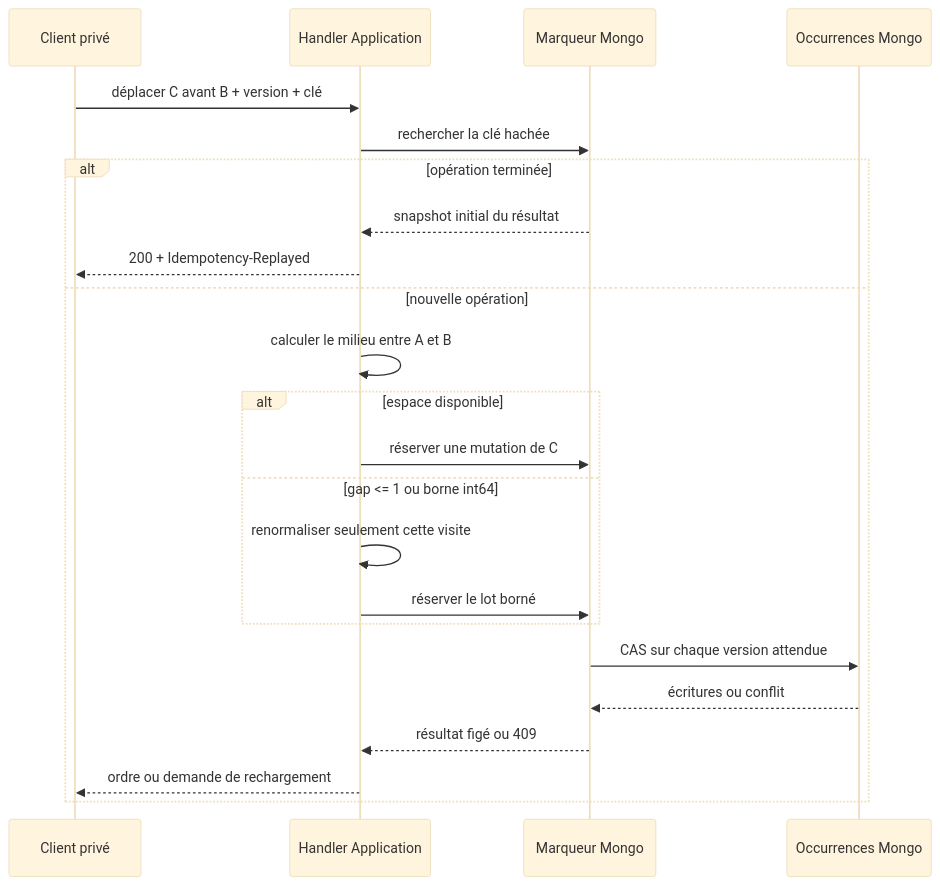
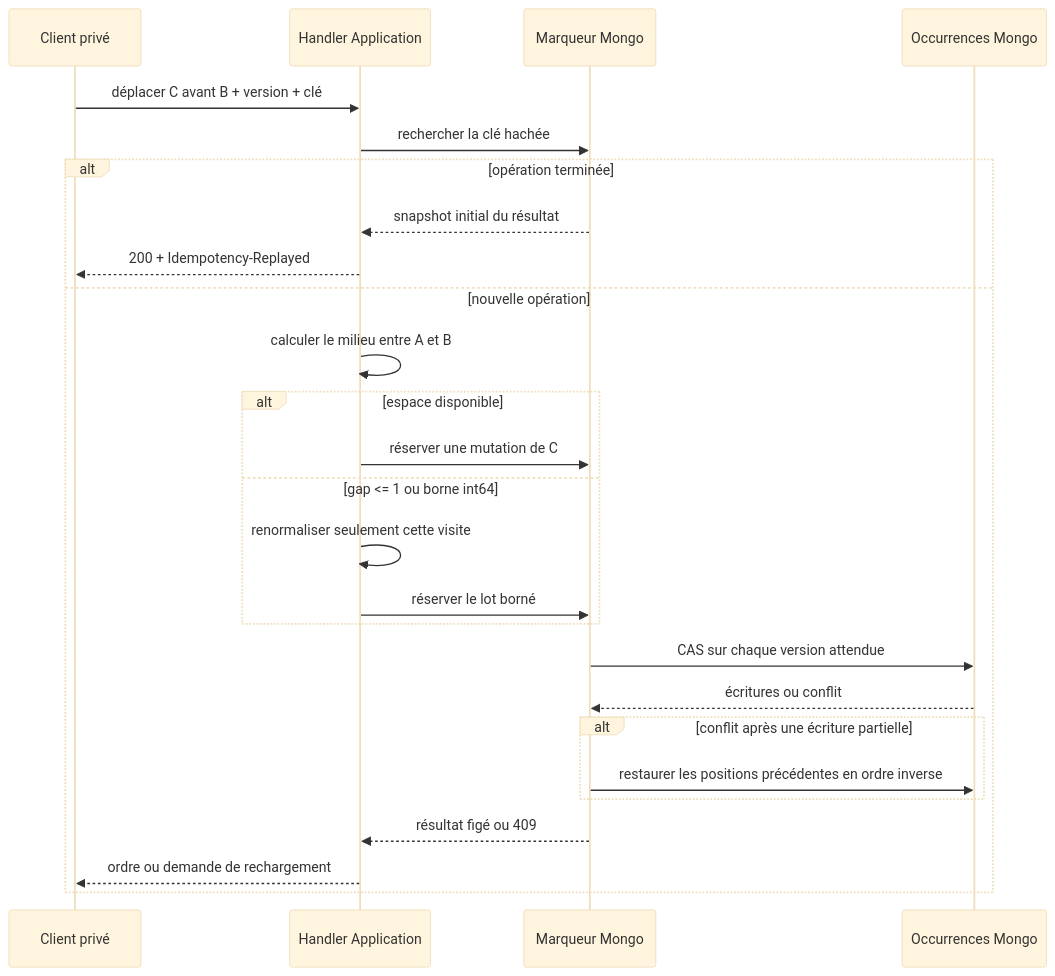
The third of 3 diagrams in docs/architecture/product-growth-pass-07-ride-occurrence-api-2026-09-03.md (Ced59/AmusementParkProject), drawn with Mermaid (base theme) before and after one commit. The commit also changed other lines of this file and 11 other files, not shown here.

````diff
--- a/docs/architecture/product-growth-pass-07-ride-occurrence-api-2026-09-03.md
+++ b/docs/architecture/product-growth-pass-07-ride-occurrence-api-2026-09-03.md
@@ -66,26 +66,29 @@
 ```mermaid
 sequenceDiagram
     participant UI as Client privé
     participant API as Handler Application
     participant OP as Marqueur Mongo
     participant OCC as Occurrences Mongo
 
     UI->>API: déplacer C avant B + version + clé
     API->>OP: rechercher la clé hachée
     alt opération terminée
       OP-->>API: snapshot initial du résultat
       API-->>UI: 200 + Idempotency-Replayed
     else nouvelle opération
       API->>API: calculer le milieu entre A et B
       alt espace disponible
         API->>OP: réserver une mutation de C
       else gap <= 1 ou borne int64
         API->>API: renormaliser seulement cette visite
         API->>OP: réserver le lot borné
       end
       OP->>OCC: CAS sur chaque version attendue
       OCC-->>OP: écritures ou conflit
+      alt conflit après une écriture partielle
+        OP->>OCC: restaurer les positions précédentes en ordre inverse
+      end
       OP-->>API: résultat figé ou 409
       API-->>UI: ordre ou demande de rechargement
     end
 ```
````
